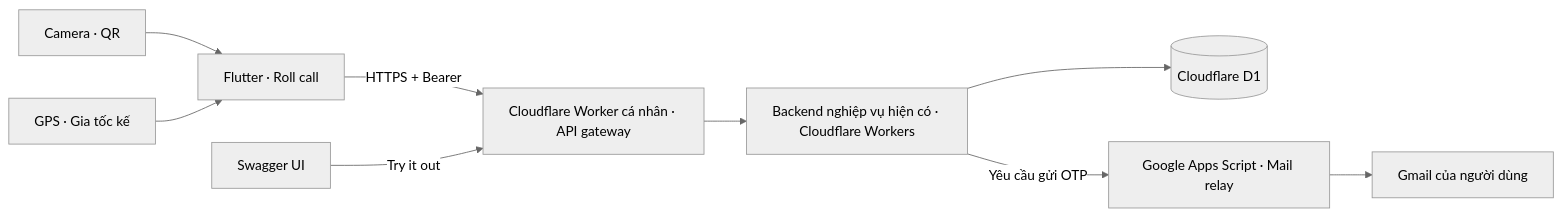
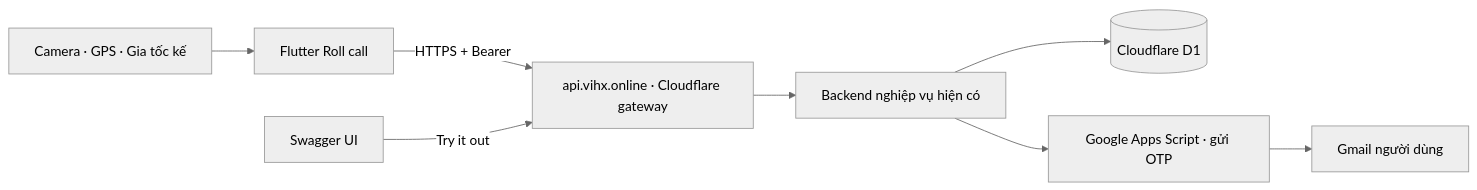
One commit to Vinh-205/Roll-Call changed the first of 3 diagrams in README.md. Above: the diagram before and after it, drawn with Mermaid (neutral theme). The commit also changed other lines of this file and 1 other file, not shown here.

````diff
--- a/README.md
+++ b/README.md
@@ -100,11 +127,10 @@
 ```mermaid
 flowchart LR
-  A[Flutter · Roll call] -->|HTTPS + Bearer| B[Cloudflare Worker cá nhân · API gateway]
-  W[Swagger UI] -->|Try it out| B
-  B --> C[Backend nghiệp vụ hiện có · Cloudflare Workers]
-  C --> D[(Cloudflare D1)]
-  C -->|Yêu cầu gửi OTP| E[Google Apps Script · Mail relay]
-  E --> F[Gmail của người dùng]
-  G[Camera · QR] --> A
-  H[GPS · Gia tốc kế] --> A
+  App[Flutter Roll call] -->|HTTPS + Bearer| Gateway[api.vihx.online · Cloudflare gateway]
+  Swagger[Swagger UI] -->|Try it out| Gateway
+  Gateway --> Backend[Backend nghiệp vụ hiện có]
+  Backend --> DB[(Cloudflare D1)]
+  Backend --> Relay[Google Apps Script · gửi OTP]
+  Relay --> Gmail[Gmail người dùng]
+  Device[Camera · GPS · Gia tốc kế] --> App
 ```
````
